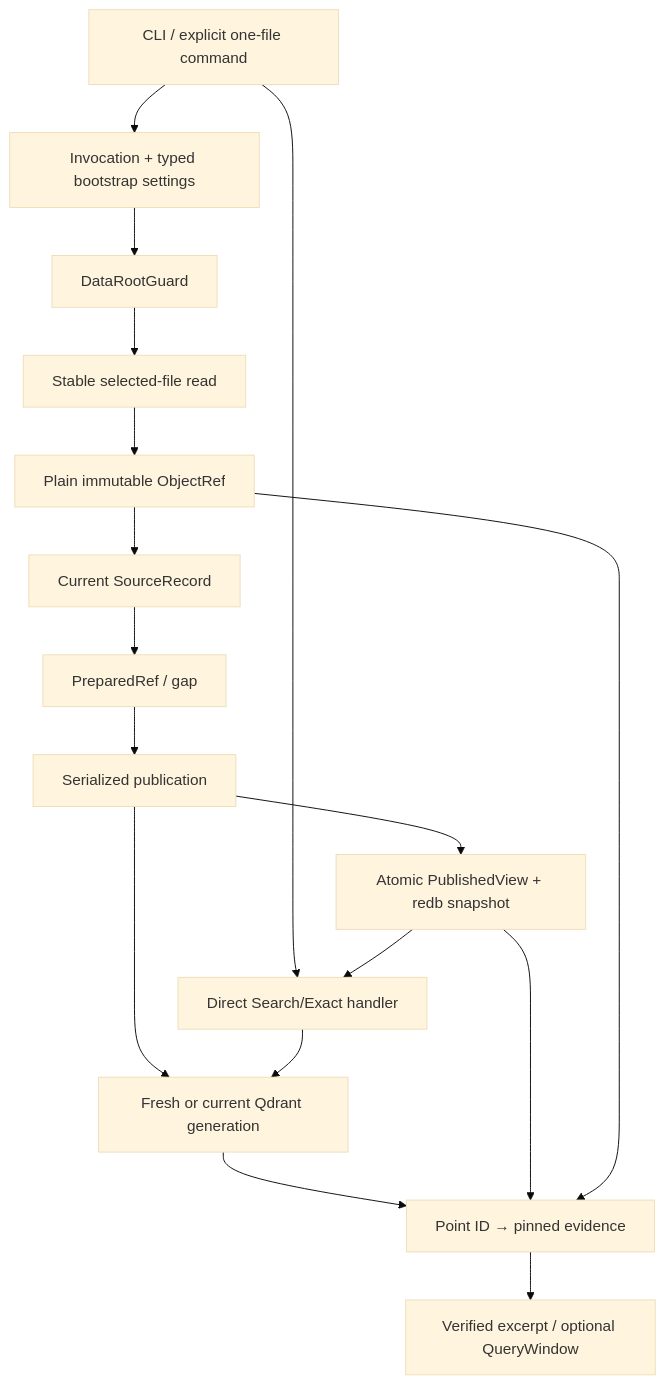
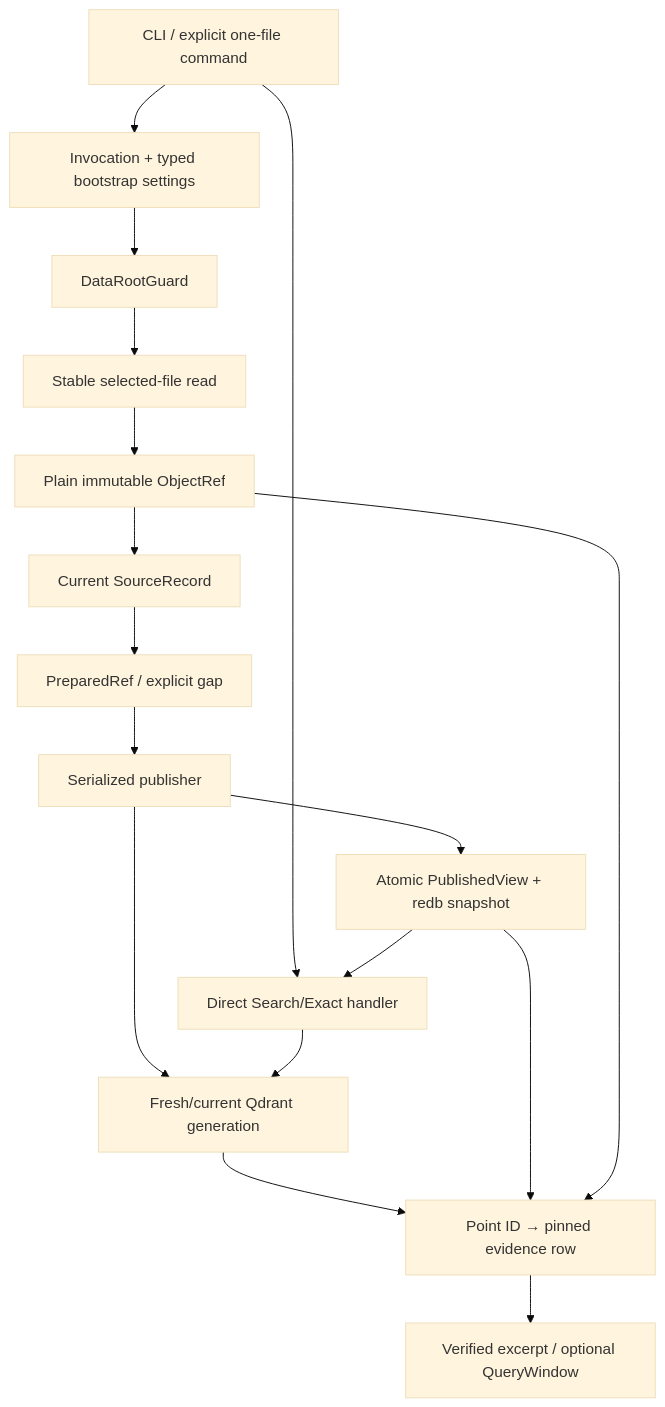
One commit to UnknownAlienHuman/eliot-search changed the first of 2 diagrams in docs/handoff/DEPENDENCY_GRAPH.md. Above: the diagram before and after it, drawn with Mermaid (base theme). The commit also changed other lines of this file and 10 other files, not shown here.

````diff
--- a/docs/handoff/DEPENDENCY_GRAPH.md
+++ b/docs/handoff/DEPENDENCY_GRAPH.md
@@ -6,19 +6,19 @@
 ```mermaid
 flowchart TD
     cli[CLI / explicit one-file command] --> settings[Invocation + typed bootstrap settings]
     settings --> root[DataRootGuard]
     root --> acquire[Stable selected-file read]
     acquire --> object[Plain immutable ObjectRef]
     object --> source[Current SourceRecord]
-    source --> prep[PreparedRef / gap]
-    prep --> pub[Serialized publication]
-    pub --> qdrant[Fresh or current Qdrant generation]
-    pub --> view[Atomic PublishedView + redb snapshot]
+    source --> prep[PreparedRef / explicit gap]
+    prep --> publication[Serialized publisher]
+    publication --> qdrant[Fresh/current Qdrant generation]
+    publication --> view[Atomic PublishedView + redb snapshot]
     cli --> query[Direct Search/Exact handler]
     view --> query
     query --> qdrant
-    qdrant --> evidence[Point ID → pinned evidence]
+    qdrant --> evidence[Point ID → pinned evidence row]
     view --> evidence
     object --> evidence
     evidence --> result[Verified excerpt / optional QueryWindow]
 ```
````
